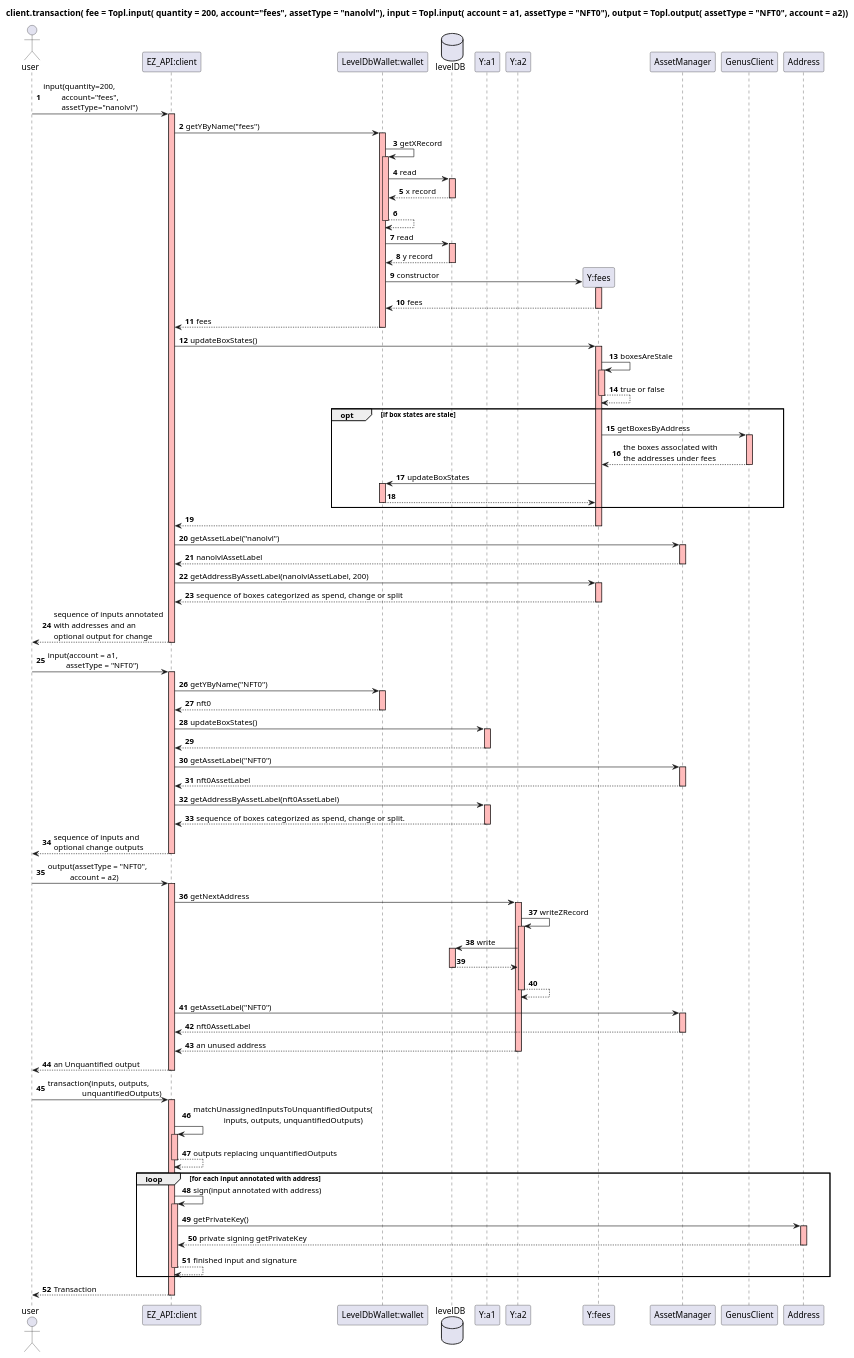
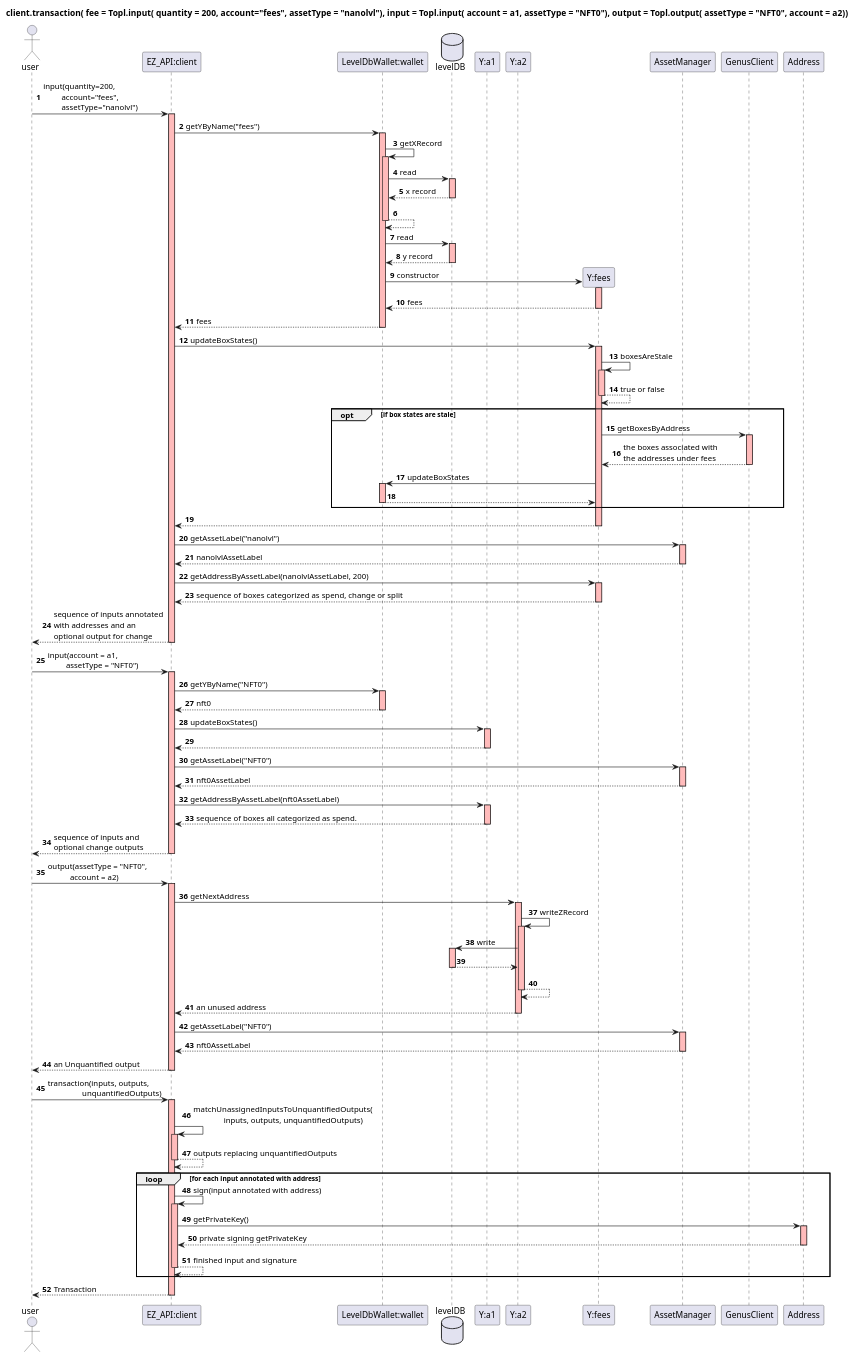
One commit to mgrand-topl/PlantUML_Sandbox changed the diagram in use_case_1t_sequence.puml. Above: the diagram before and after it, drawn with PlantUML.

Commit message:
unscrambled

```diff
--- a/use_case_1t_sequence.puml
+++ b/use_case_1t_sequence.puml
@@ -1,88 +1,89 @@
 @startuml
 skinparam sequence {
   LifeLineBackgroundColor #FFBBBB
 }
 
 autonumber
 autoactivate on
 actor user
 participant "EZ_API:client" as client
 participant "LevelDbWallet:wallet" as wallet
 database levelDB
 participant "Y:a1" as a1
 participant "Y:a2" as a2
 participant "Y:fees" as fees
 participant "AssetManager"
 title client.transaction( fee = Topl.input( quantity = 200, account="fees", assetType = "nanolvl"), input = Topl.input( account = a1, assetType = "NFT0"), output = Topl.output( assetType = "NFT0", account =  a2))
 user -> client : input(quantity=200,\n         account="fees",\n         assetType="nanolvl")
   client -> wallet : getYByName("fees")
     wallet -> wallet : getXRecord
       wallet -> levelDB : read
       return x record
     return
     wallet -> levelDB : read
     return y record
 
     create fees
     wallet -> fees : constructor
     return fees
 
   return fees
 
   client -> fees : updateBoxStates()
 
     fees -> fees : boxesAreStale
     return true or false
     opt if box states are stale
       fees -> GenusClient : getBoxesByAddress
       return the boxes associated with\nthe addresses under fees
 
       fees -> wallet : updateBoxStates
       return
     end opt
   return
 
   client -> AssetManager : getAssetLabel("nanolvl")
   return nanolvlAssetLabel
   client -> fees : getAddressByAssetLabel(nanolvlAssetLabel, 200)
   return sequence of boxes categorized as spend, change or split
 return sequence of inputs annotated\nwith addresses and an\noptional output for change
 
 user -> client : input(account = a1,\n         assetType = "NFT0")
   client -> wallet : getYByName("NFT0")
   return nft0
 
   client -> a1 : updateBoxStates()
   return
 
   client -> AssetManager : getAssetLabel("NFT0")
   return nft0AssetLabel
   client -> a1 : getAddressByAssetLabel(nft0AssetLabel)
-  return sequence of boxes categorized as spend, change or split.
+  return sequence of boxes all categorized as spend.
 return sequence of inputs and\noptional change outputs
 
 user -> client : output(assetType = "NFT0",\n           account = a2)
   client -> a2 : getNextAddress
     a2 -> a2 : writeZRecord
       a2 -> levelDB : write
       return
+
     return
+
+  return an unused address
 
   client -> AssetManager : getAssetLabel("NFT0")
   return nft0AssetLabel
-
-  return an unused address
 return an Unquantified output
 
 user -> client : transaction(inputs, outputs,\n                 unquantifiedOutputs)
   client -> client : matchUnassignedInputsToUnquantifiedOutputs(\n               inputs, outputs, unquantifiedOutputs)
   return outputs replacing unquantifiedOutputs
 
   loop for each input annotated with address
       client -> client : sign(input annotated with address)
         client -> Address : getPrivateKey()
         return private signing getPrivateKey
       return finished input and signature
   end loop
 return Transaction
 @enduml
```
